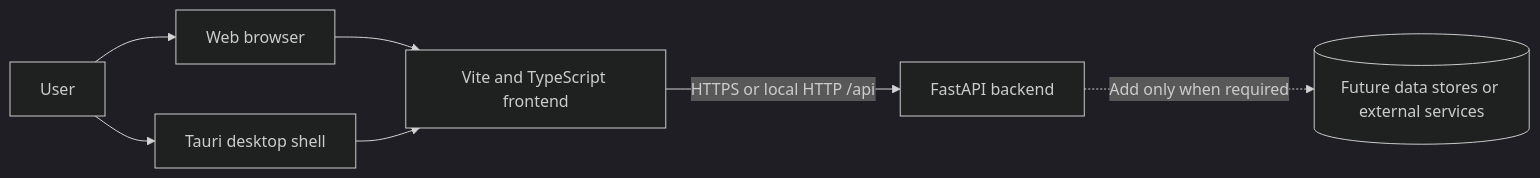
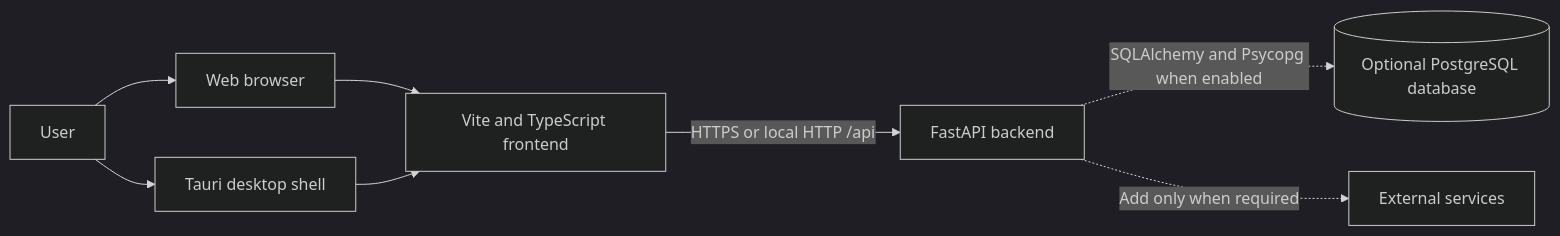
Before and after one commit to kleiveist/Template-Projekte: the first of 6 diagrams in docs/def/architecture.md, drawn with Mermaid (dark theme). The commit also changed other lines of this file and 38 other files, not shown here.

````diff
--- a/docs/def/architecture.md
+++ b/docs/def/architecture.md
@@ -24,16 +24,18 @@
 ```mermaid
 flowchart LR
     User[User]
     Browser[Web browser]
     Desktop[Tauri desktop shell]
     Frontend[Vite and TypeScript frontend]
     Backend[FastAPI backend]
-    External[(Future data stores or external services)]
+    Database[(Optional PostgreSQL database)]
+    External[External services]
 
     User --> Browser
     User --> Desktop
     Browser --> Frontend
     Desktop --> Frontend
     Frontend -->|HTTPS or local HTTP /api| Backend
+    Backend -.->|SQLAlchemy and Psycopg when enabled| Database
     Backend -.->|Add only when required| External
 ```
````
